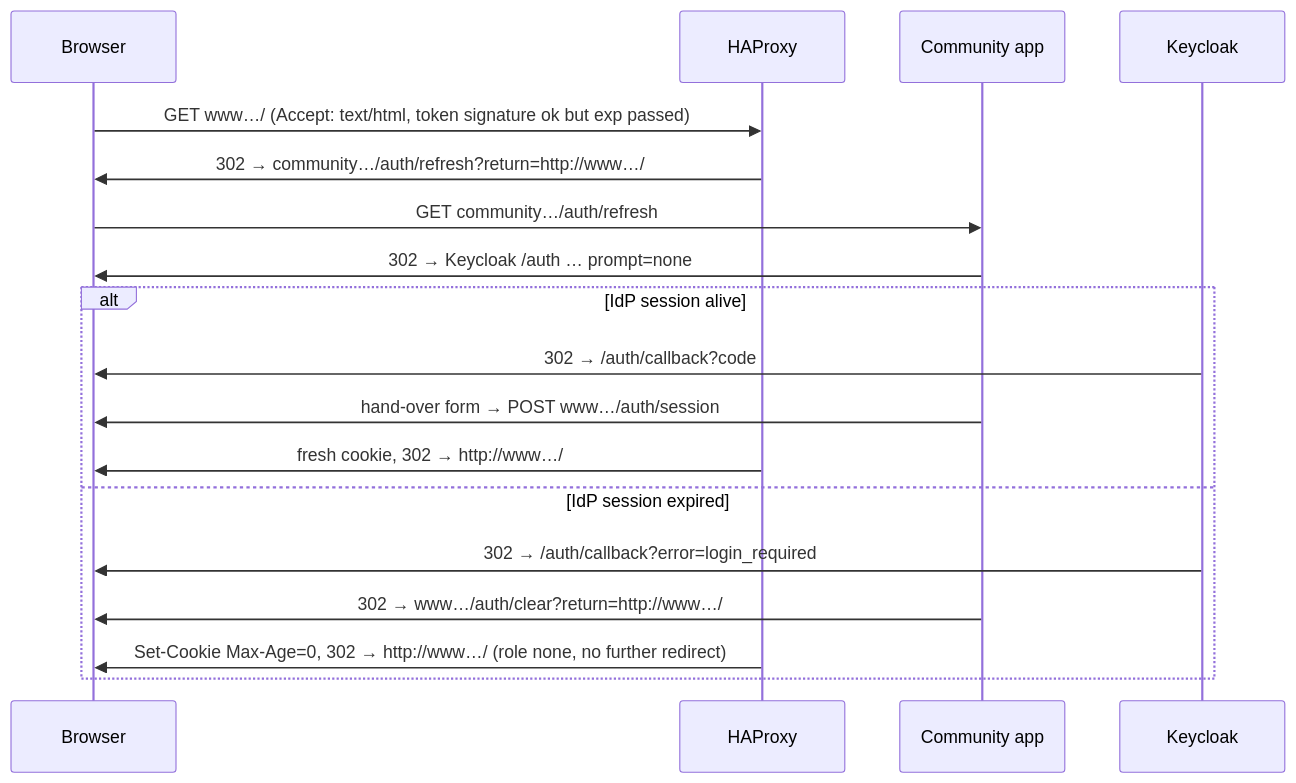
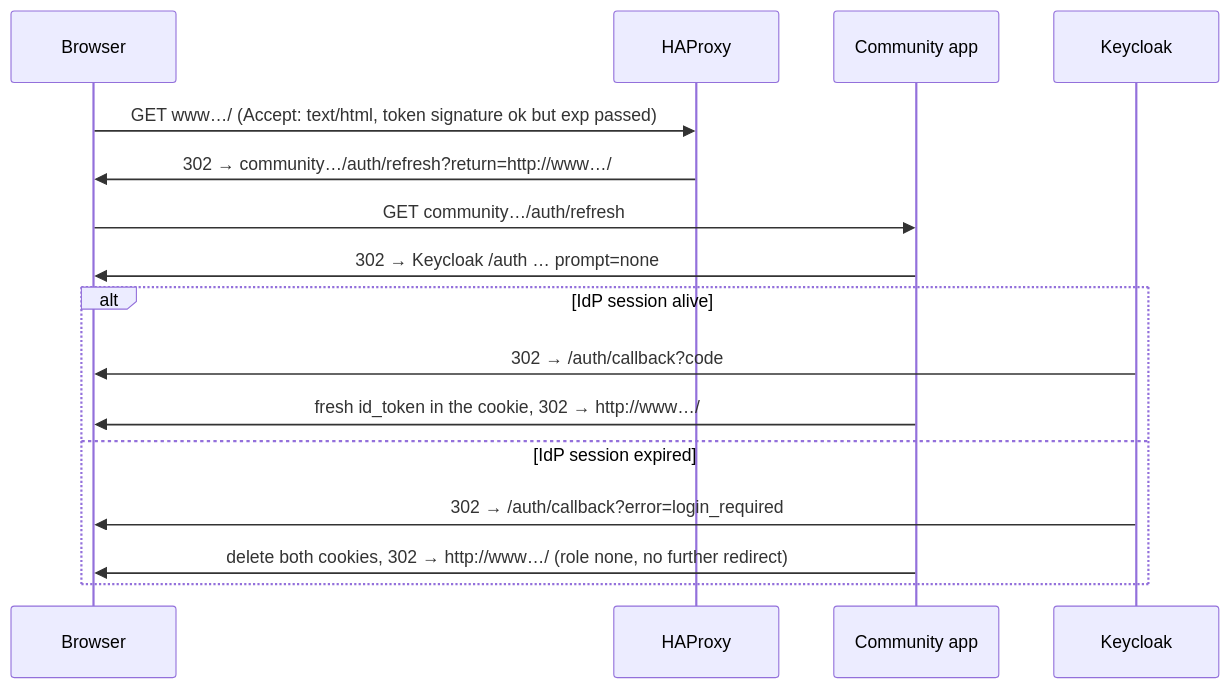
One commit to correctiv/oidc-wp-prototype changed the fourth of 4 diagrams in README.md. Above: the diagram before and after it, drawn with Mermaid. The commit also changed other lines of this file and 7 other files, not shown here.

First line of the commit message:
Domain-wide login cookie again, community session kept host-only

````diff
--- a/README.md
+++ b/README.md
@@ -140,20 +137,18 @@
 ```mermaid
 sequenceDiagram
     participant B as Browser
     participant H as HAProxy
     participant C as Community app
     participant K as Keycloak
     B->>H: GET www…/ (Accept: text/html, token signature ok but exp passed)
     H->>B: 302 → community…/auth/refresh?return=http://www…/
     B->>C: GET community…/auth/refresh
     C->>B: 302 → Keycloak /auth … prompt=none
     alt IdP session alive
         K->>B: 302 → /auth/callback?code
-        C->>B: hand-over form → POST www…/auth/session
-        H->>B: fresh cookie, 302 → http://www…/
+        C->>B: fresh id_token in the cookie, 302 → http://www…/
     else IdP session expired
         K->>B: 302 → /auth/callback?error=login_required
-        C->>B: 302 → www…/auth/clear?return=http://www…/
-        H->>B: Set-Cookie Max-Age=0, 302 → http://www…/ (role none, no further redirect)
+        C->>B: delete both cookies, 302 → http://www…/ (role none, no further redirect)
     end
 ```
````
